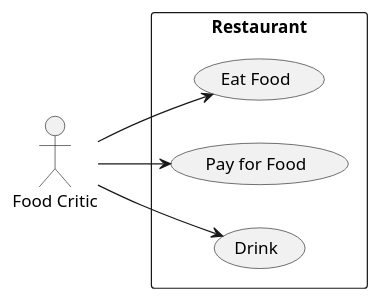
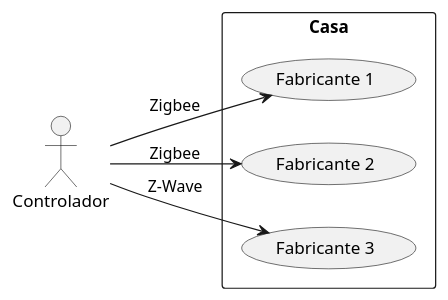
One commit to gavioto/tfg-images changed the diagram in casos-de-uso/caso-1.puml. Above: the diagram before and after it, drawn with PlantUML.

Commit message:
Añadido caso 1

```diff
--- a/casos-de-uso/caso-1.puml
+++ b/casos-de-uso/caso-1.puml
@@ -1,12 +1,12 @@
 @startuml
 left to right direction
-actor "Food Critic" as fc
-rectangle Restaurant {
-  usecase "Eat Food" as UC1
-  usecase "Pay for Food" as UC2
-  usecase "Drink" as UC3
+actor "Controlador" as fc
+rectangle Casa {
+  usecase "Fabricante 1" as UC1
+  usecase "Fabricante 2" as UC2
+  usecase "Fabricante 3" as UC3
 }
-fc --> UC1
-fc --> UC2
-fc --> UC3
+fc --> UC1 : Zigbee
+fc --> UC2 : Zigbee
+fc --> UC3 : Z-Wave
 @enduml
```
